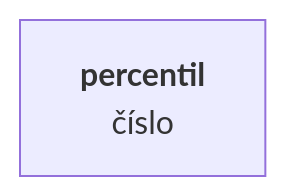
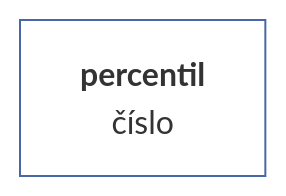
One commit to muzikp/retusa changed the tenth of 23 diagrams in docs/cs-CZ/vector.md. Above: the diagram before and after it, drawn with Mermaid. The commit also changed other lines of this file and 17 other files, not shown here.

````diff
--- a/docs/cs-CZ/vector.md
+++ b/docs/cs-CZ/vector.md
@@ -264,4 +291,7 @@
 ```mermaid
 graph TD
-A[<b>percentil<br></b>číslo]
+percentile[<b>percentil<br></b>číslo]
+style percentile fill:#FFFFFF;
+style percentile stroke:#4967A4;
+
 ```
````
